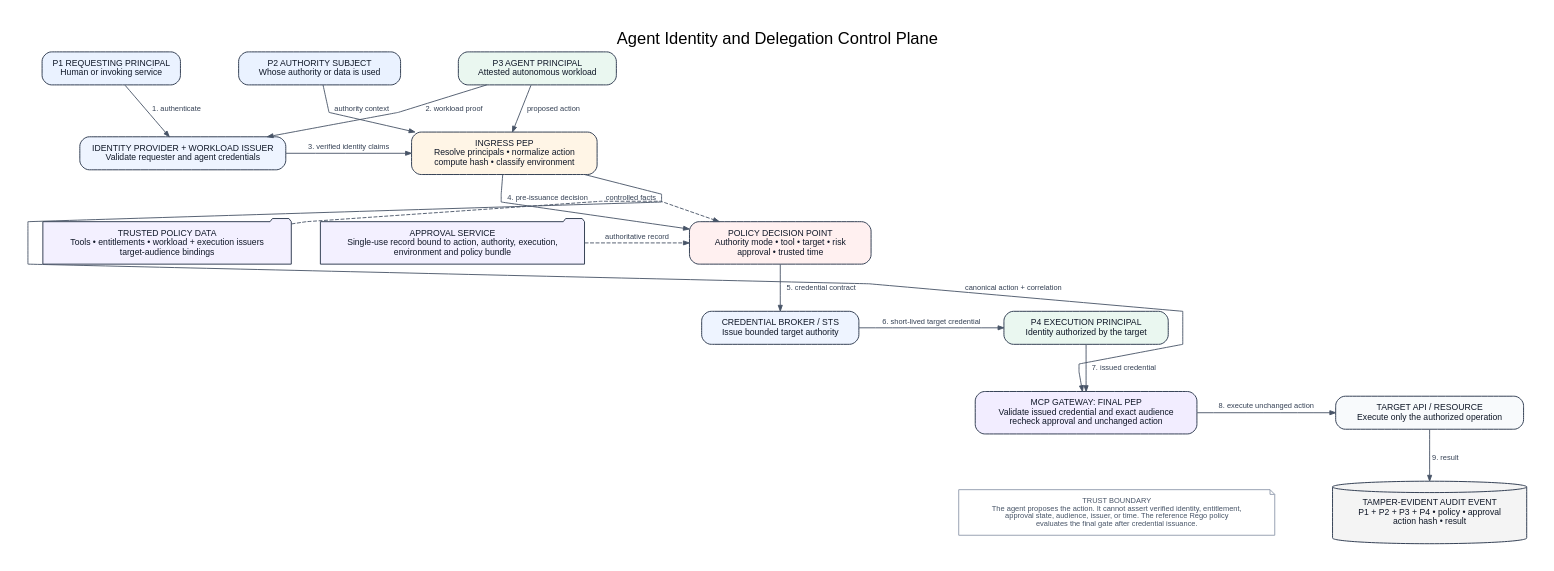
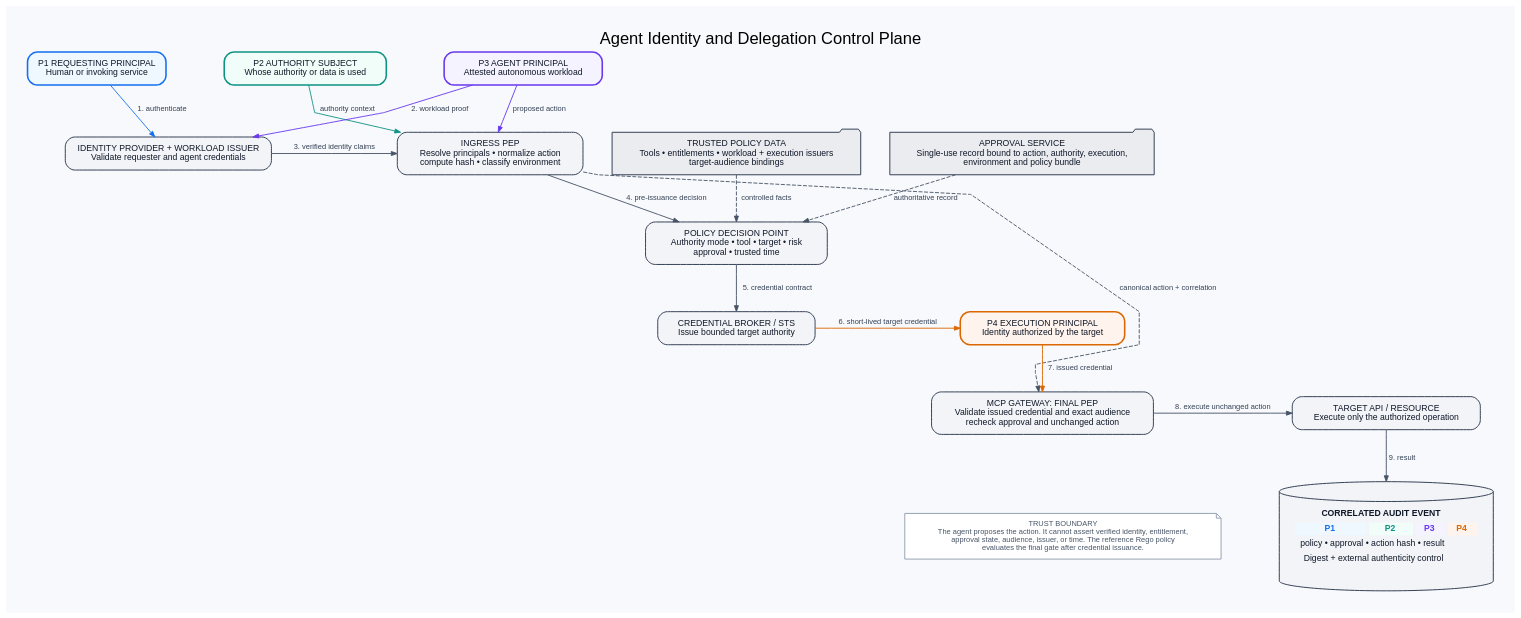
Before and after one commit to Yanofnasr/mcp-agent-identity-control-plane: the diagram in architecture/agent-identity-control-plane.dot, drawn with Graphviz. The commit also changed 31 other files, not shown here.

```diff
--- a/architecture/agent-identity-control-plane.dot
+++ b/architecture/agent-identity-control-plane.dot
@@ -1,82 +1,94 @@
 digraph AgentIdentityControlPlane {
   graph [
     rankdir=TB,
-    bgcolor="white",
+    bgcolor="#F7F9FC",
     pad="0.38",
     nodesep="0.52",
     ranksep="0.68",
     splines=polyline,
     fontname="Helvetica",
     fontsize=21,
     labelloc="t",
     label="Agent Identity and Delegation Control Plane"
   ];
 
+  // Color is reserved for principals; infrastructure stays neutral slate.
   node [
     shape=box,
     style="rounded,filled",
-    fillcolor="#F8FAFC",
+    fillcolor="#F2F4F7",
     color="#344054",
     penwidth=1.25,
     fontcolor="#101828",
     fontname="Helvetica",
     fontsize=11,
     margin="0.20,0.13"
   ];
 
   edge [
     color="#475467",
     fontcolor="#344054",
     fontname="Helvetica",
     fontsize=9.5,
     arrowsize=0.74,
     penwidth=1.15
   ];
 
-  p1 [label="P1 REQUESTING PRINCIPAL\nHuman or invoking service", fillcolor="#EAF2FF"];
-  p2 [label="P2 AUTHORITY SUBJECT\nWhose authority or data is used", fillcolor="#EAF2FF"];
-  p3 [label="P3 AGENT PRINCIPAL\nAttested autonomous workload", fillcolor="#EAF7F0"];
+  p1 [label="P1 REQUESTING PRINCIPAL\nHuman or invoking service", color="#1570EF", fillcolor="#EFF8FF", penwidth=2];
+  p2 [label="P2 AUTHORITY SUBJECT\nWhose authority or data is used", color="#0E9384", fillcolor="#F0FDF9", penwidth=2];
+  p3 [label="P3 AGENT PRINCIPAL\nAttested autonomous workload", color="#6938EF", fillcolor="#F4F3FF", penwidth=2];
 
-  issuer [label="IDENTITY PROVIDER + WORKLOAD ISSUER\nValidate requester and agent credentials", fillcolor="#EEF4FF"];
-  ingress [label="INGRESS PEP\nResolve principals • normalize action\ncompute hash • classify environment", fillcolor="#FFF5E6"];
+  issuer [label="IDENTITY PROVIDER + WORKLOAD ISSUER\nValidate requester and agent credentials"];
+  ingress [label="INGRESS PEP\nResolve principals • normalize action\ncompute hash • classify environment"];
 
-  trusted [shape=folder, label="TRUSTED POLICY DATA\nTools • entitlements • workload + execution issuers\ntarget-audience bindings", fillcolor="#F3F0FF"];
-  pdp [label="POLICY DECISION POINT\nAuthority mode • tool • target • risk\napproval • trusted time", fillcolor="#FFF0F0"];
-  approvals [shape=folder, label="APPROVAL SERVICE\nSingle-use record bound to action, authority, execution,\nenvironment and policy bundle", fillcolor="#F3F0FF"];
+  trusted [shape=folder, label="TRUSTED POLICY DATA\nTools • entitlements • workload + execution issuers\ntarget-audience bindings", fillcolor="#EAECF0"];
+  pdp [label="POLICY DECISION POINT\nAuthority mode • tool • target • risk\napproval • trusted time"];
+  approvals [shape=folder, label="APPROVAL SERVICE\nSingle-use record bound to action, authority, execution,\nenvironment and policy bundle", fillcolor="#EAECF0"];
 
-  broker [label="CREDENTIAL BROKER / STS\nIssue bounded target authority", fillcolor="#EEF4FF"];
-  p4 [label="P4 EXECUTION PRINCIPAL\nIdentity authorized by the target", fillcolor="#EAF7F0"];
+  broker [label="CREDENTIAL BROKER / STS\nIssue bounded target authority"];
+  p4 [label="P4 EXECUTION PRINCIPAL\nIdentity authorized by the target", color="#DC6803", fillcolor="#FFF4ED", penwidth=2];
 
-  mcp [label="MCP GATEWAY: FINAL PEP\nValidate issued credential and exact audience\nrecheck approval and unchanged action", fillcolor="#F2EDFF"];
+  mcp [label="MCP GATEWAY: FINAL PEP\nValidate issued credential and exact audience\nrecheck approval and unchanged action"];
   target [label="TARGET API / RESOURCE\nExecute only the authorized operation"];
 
-  audit [shape=cylinder, label="TAMPER-EVIDENT AUDIT EVENT\nP1 + P2 + P3 + P4 • policy • approval\naction hash • result", fillcolor="#F4F4F4", margin="0.24,0.15"];
+  // The only node that carries every accent, because it records every principal.
+  audit [shape=cylinder, margin="0.24,0.15", label=<<TABLE BORDER="0" CELLBORDER="0" CELLSPACING="3" CELLPADDING="2">
+<TR><TD COLSPAN="4"><B>CORRELATED AUDIT EVENT</B></TD></TR>
+<TR>
+<TD BGCOLOR="#EFF8FF"><FONT COLOR="#1570EF"><B>P1</B></FONT></TD>
+<TD BGCOLOR="#F0FDF9"><FONT COLOR="#0E9384"><B>P2</B></FONT></TD>
+<TD BGCOLOR="#F4F3FF"><FONT COLOR="#6938EF"><B>P3</B></FONT></TD>
+<TD BGCOLOR="#FFF4ED"><FONT COLOR="#DC6803"><B>P4</B></FONT></TD>
+</TR>
+<TR><TD COLSPAN="4">policy • approval • action hash • result</TD></TR>
+<TR><TD COLSPAN="4">Digest + external authenticity control</TD></TR>
+</TABLE>>];
   note [shape=note, label="TRUST BOUNDARY\nThe agent proposes the action. It cannot assert verified identity, entitlement,\napproval state, audience, issuer, or time. The reference Rego policy\nevaluates the final gate after credential issuance.", fillcolor="#FFFFFF", color="#98A2B3", fontcolor="#475467", fontsize=9.5];
 
   { rank=same; p1; p2; p3; }
   { rank=same; issuer; ingress; }
-  { rank=same; trusted; pdp; approvals; }
+  { rank=same; trusted; approvals; }
   { rank=same; broker; p4; }
   { rank=same; mcp; target; }
   { rank=same; note; audit; }
 
   p1 -> p2 [style=invis, weight=100];
   p2 -> p3 [style=invis, weight=100];
   trusted -> pdp [style=dashed, label="controlled facts"];
   approvals -> pdp [style=dashed, label="authoritative record"];
 
-  p1 -> issuer [label="1. authenticate"];
-  p3 -> issuer [label="2. workload proof"];
+  p1 -> issuer [label="1. authenticate", color="#1570EF"];
+  p3 -> issuer [label="2. workload proof", color="#6938EF"];
   issuer -> ingress [label="3. verified identity claims"];
-  p2 -> ingress [label="authority context"];
-  p3 -> ingress [label="proposed action"];
+  p2 -> ingress [label="authority context", color="#0E9384"];
+  p3 -> ingress [label="proposed action", color="#6938EF"];
 
   ingress -> pdp [label="4. pre-issuance decision"];
   pdp -> broker [label="5. credential contract"];
-  broker -> p4 [label="6. short-lived target credential"];
-  p4 -> mcp [label="7. issued credential"];
-  ingress -> mcp [label="canonical action + correlation", constraint=false];
+  broker -> p4 [label="6. short-lived target credential", color="#DC6803"];
+  p4 -> mcp [label="7. issued credential", color="#DC6803"];
+  ingress -> mcp [label="canonical action + correlation", style=dashed, constraint=false];
   mcp -> target [label="8. execute unchanged action"];
   target -> audit [label="9. result"];
   note -> audit [style=invis];
 }
```
